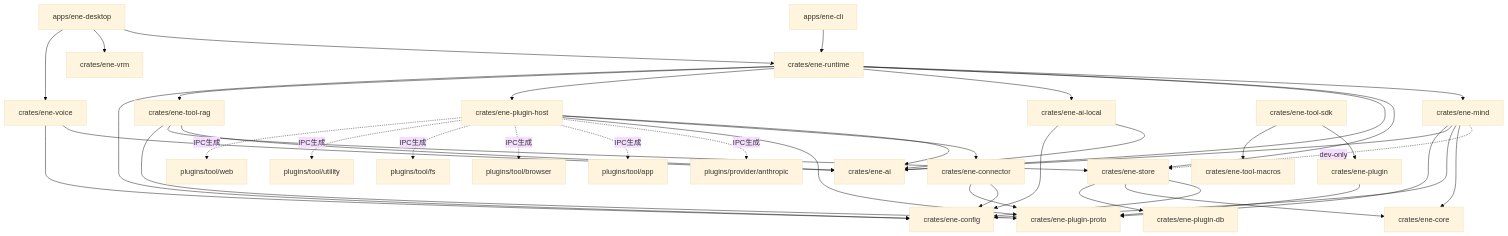
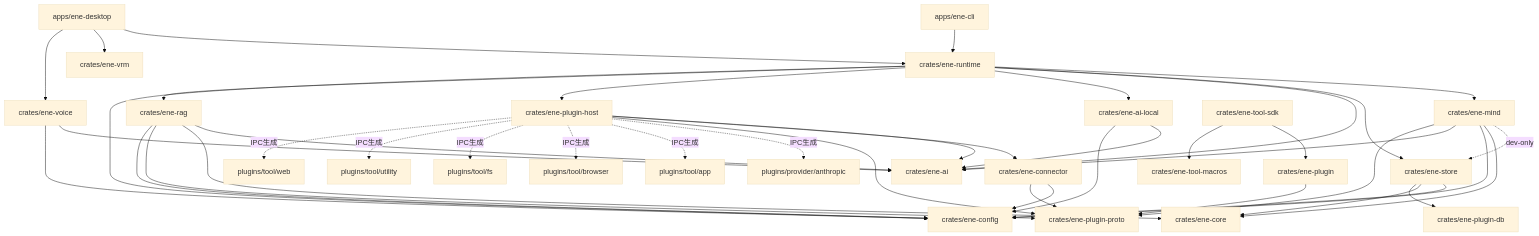
Before and after one commit to pexisgle/ene: the diagram in docs/ja/architecture.md, drawn with Mermaid (base theme). The commit also changed other lines of this file and 59 other files, not shown here.

First line of the commit message:
refactor(rag): create ene-rag crate separating RAG scoring/decay policy (#450)

````diff
--- a/docs/ja/architecture.md
+++ b/docs/ja/architecture.md
@@ -22,53 +22,54 @@
 ```mermaid
 flowchart TD
   Desktop[apps/ene-desktop] --> Runtime[crates/ene-runtime]
   Desktop --> Vrm[crates/ene-vrm]
   Desktop --> Voice[crates/ene-voice]
   CLI[apps/ene-cli] --> Runtime
 
   Runtime --> Mind[crates/ene-mind]
   Runtime --> Store[crates/ene-store]
   Runtime --> Ai[crates/ene-ai]
   Runtime --> AiLocal[crates/ene-ai-local]
   Runtime --> ToolHost[crates/ene-plugin-host]
-  Runtime --> ToolRag[crates/ene-tool-rag]
+  Runtime --> Rag[crates/ene-rag]
   Runtime --> Config[crates/ene-config]
 
   Mind -.dev-only.-> Store
   Mind --> Core[crates/ene-core]
   Mind --> Config
   Mind --> Ai
   Mind --> Proto[crates/ene-plugin-proto]
 
   ToolHost --> Ai
   ToolHost --> Connector[crates/ene-connector]
   ToolHost --> Proto
 
   Connector --> Config
   Connector --> Proto
 
   AiLocal --> Ai
   AiLocal --> Config
 
   Voice --> Ai
   Voice --> Config
 
-  ToolRag --> Ai
-  ToolRag --> Store
-  ToolRag --> Proto
+  Rag --> Ai
+  Rag --> Core
+  Rag --> Proto
+  Rag --> Config
 
   Store --> Config
   Store --> Core
   Store --> PluginDb[crates/ene-plugin-db]
 
   Tool[crates/ene-plugin] --> Proto
   ToolSdk[crates/ene-tool-sdk] --> Tool
   ToolSdk --> Macros[crates/ene-tool-macros]
 
   ToolHost -.IPC生成.-> Anthropic[plugins/provider/anthropic]
   ToolHost -.IPC生成.-> ToolApp[plugins/tool/app]
   ToolHost -.IPC生成.-> ToolBrowser[plugins/tool/browser]
   ToolHost -.IPC生成.-> ToolFs[plugins/tool/fs]
   ToolHost -.IPC生成.-> ToolUtil[plugins/tool/utility]
   ToolHost -.IPC生成.-> ToolWeb[plugins/tool/web]
 ```
````
